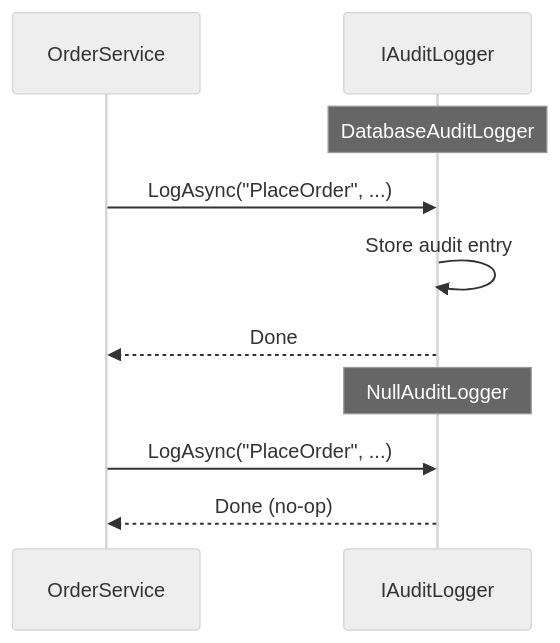
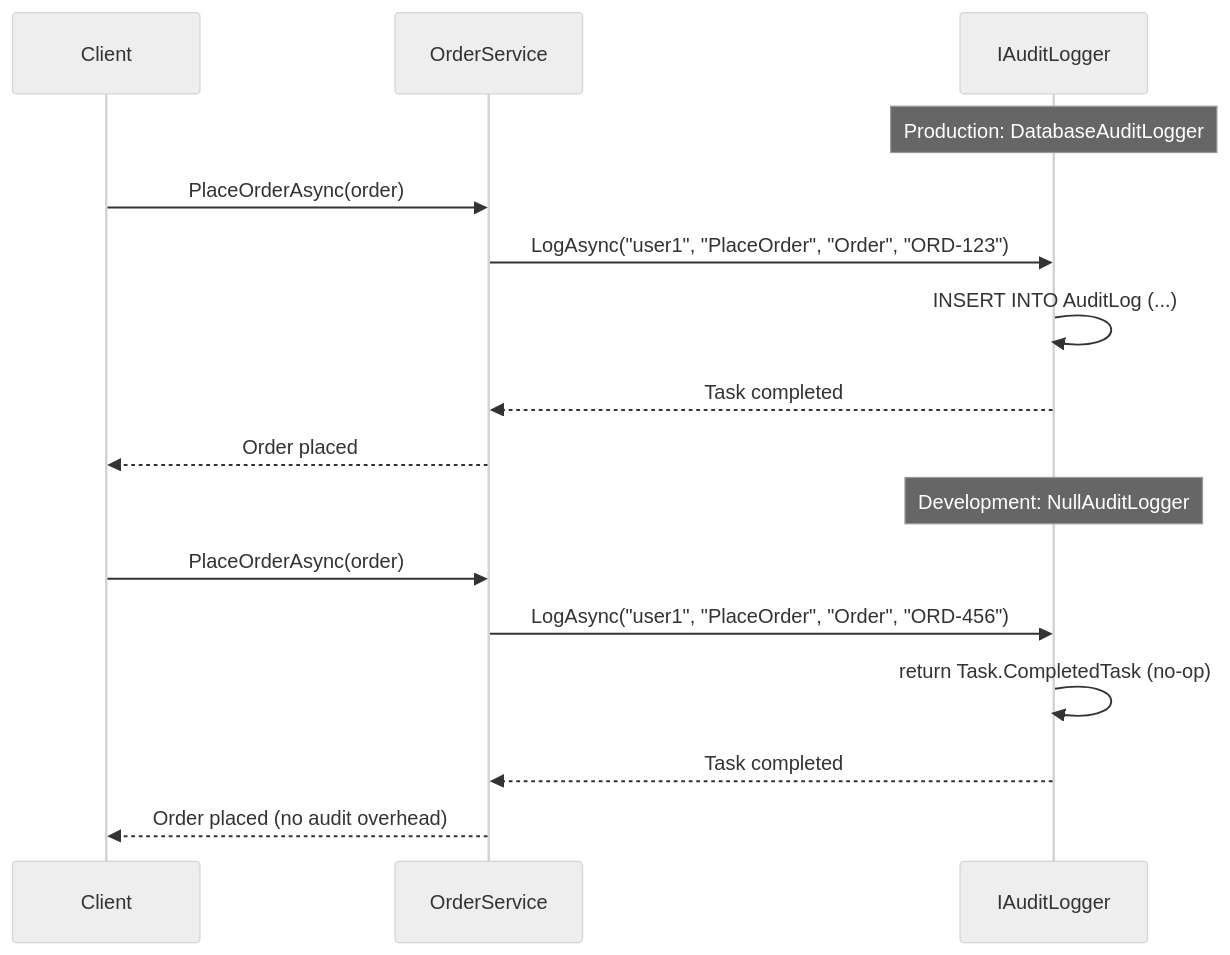
Before and after one commit to senapatisantosh/DotnetAdvanceDesignPattern: the second of 2 diagrams in src/DesignPatterns.Enterprise/NullObject/README.md, drawn with Mermaid (neutral theme). The commit also changed other lines of this file and 1 other file, not shown here.

First line of the commit message:
fix: update NullObject README and Playground Program.cs

````diff
--- a/src/DesignPatterns.Enterprise/NullObject/README.md
+++ b/src/DesignPatterns.Enterprise/NullObject/README.md
@@ -103,14 +119,20 @@
 ```mermaid
 sequenceDiagram
-    participant S as OrderService
-    participant L as IAuditLogger
+    participant Client
+    participant Service as OrderService
+    participant Logger as IAuditLogger
 
-    Note over L: DatabaseAuditLogger
-    S->>L: LogAsync("PlaceOrder", ...)
-    L->>L: Store audit entry
-    L-->>S: Done
+    Note over Logger: Production: DatabaseAuditLogger
+    Client->>Service: PlaceOrderAsync(order)
+    Service->>Logger: LogAsync("user1", "PlaceOrder", "Order", "ORD-123")
+    Logger->>Logger: INSERT INTO AuditLog (...)
+    Logger-->>Service: Task completed
+    Service-->>Client: Order placed
 
-    Note over L: NullAuditLogger
-    S->>L: LogAsync("PlaceOrder", ...)
-    L-->>S: Done (no-op)
+    Note over Logger: Development: NullAuditLogger
+    Client->>Service: PlaceOrderAsync(order)
+    Service->>Logger: LogAsync("user1", "PlaceOrder", "Order", "ORD-456")
+    Logger->>Logger: return Task.CompletedTask (no-op)
+    Logger-->>Service: Task completed
+    Service-->>Client: Order placed (no audit overhead)
 ```
````
